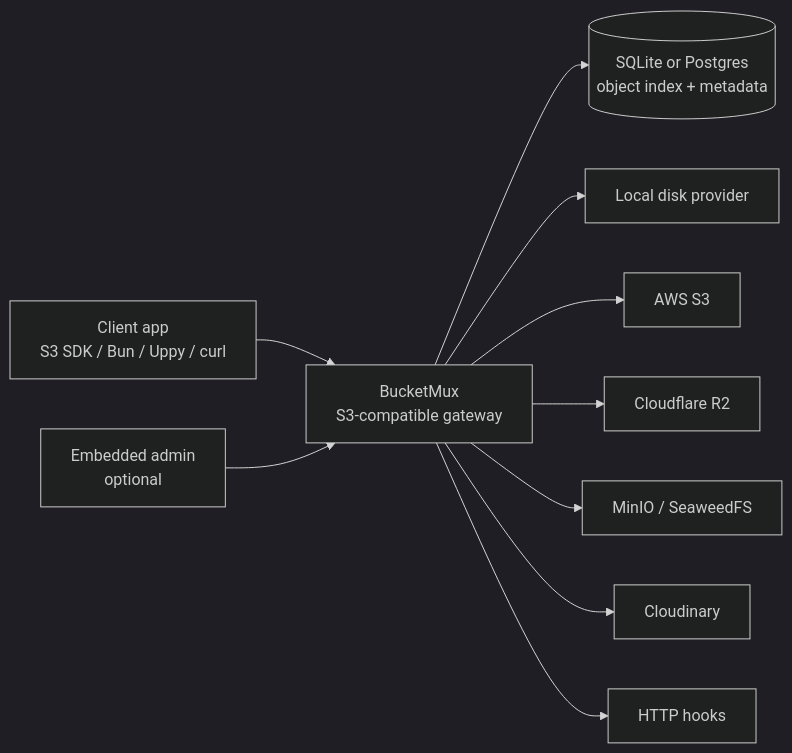
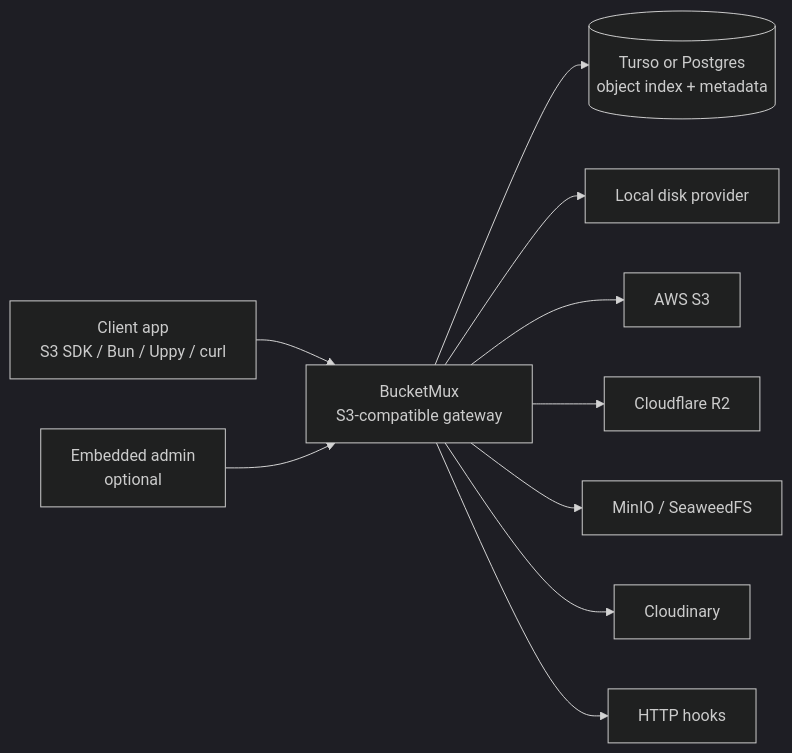
The diagram in README.md (GNURub/bucketmux), drawn with Mermaid (dark theme) before and after one commit. The commit also changed other lines of this file and 85 other files, not shown here.

````diff
--- a/README.md
+++ b/README.md
@@ -155,23 +176,23 @@
 ```mermaid
 flowchart LR
   client[Client app\nS3 SDK / Bun / Uppy / curl]
   proxy[BucketMux\nS3-compatible gateway]
   admin[Embedded admin\noptional]
-  db[(SQLite or Postgres\nobject index + metadata)]
+  db[(Turso or Postgres\nobject index + metadata)]
   local[Local disk provider]
   s3[AWS S3]
   r2[Cloudflare R2]
   minio[MinIO / SeaweedFS]
   cloudinary[Cloudinary]
   hooks[HTTP hooks]
 
   client --> proxy
   admin --> proxy
   proxy --> db
   proxy --> local
   proxy --> s3
   proxy --> r2
   proxy --> minio
   proxy --> cloudinary
   proxy --> hooks
 ```
````
